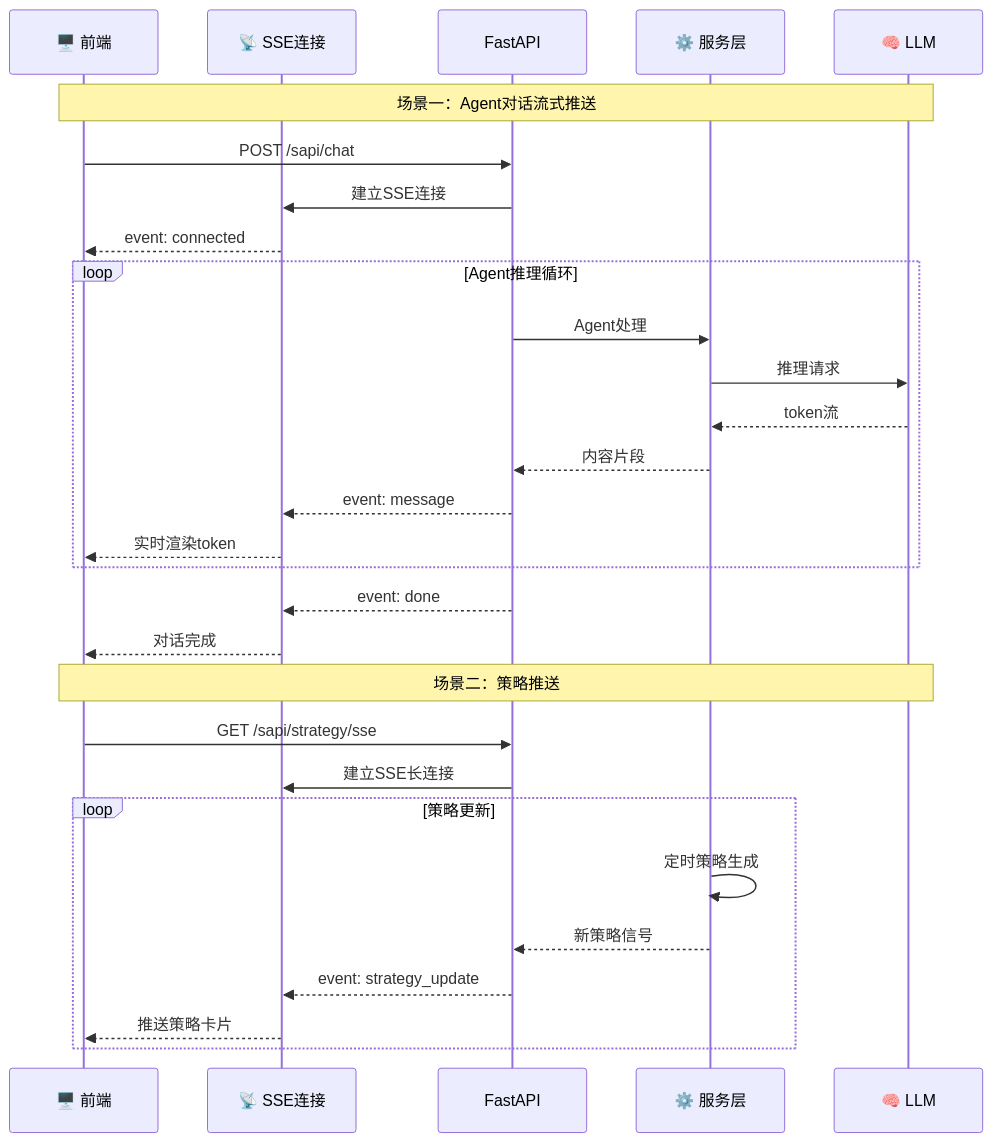
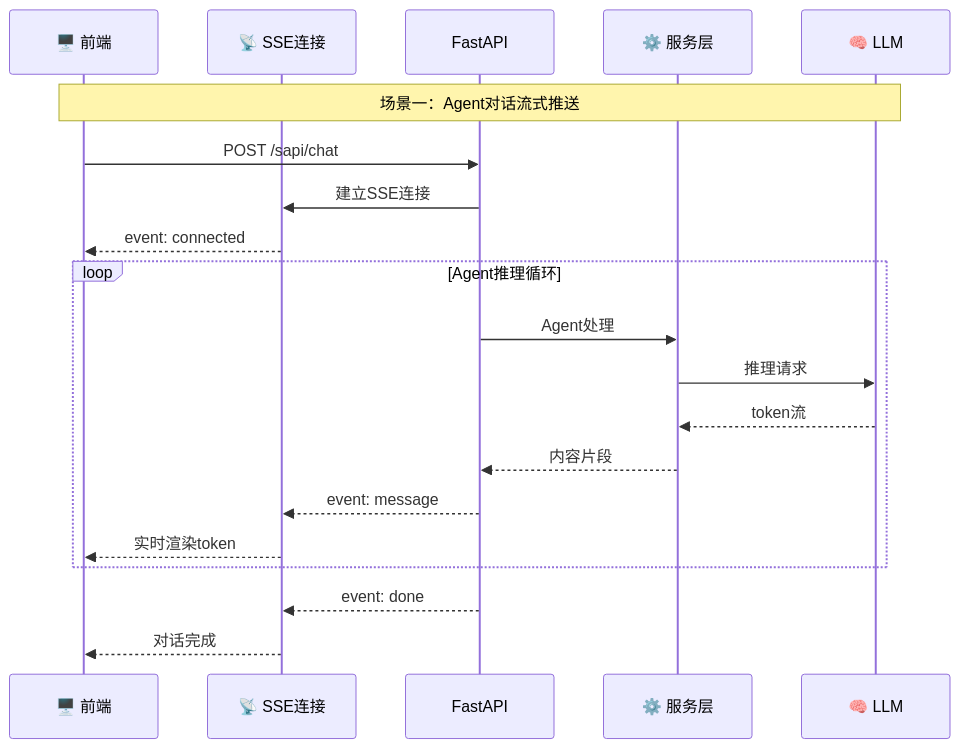
One commit to Harlan2001/Sentiment_Analysis changed diagram 22 of 26 in docs/项目图表库_PPT.md. Above: the diagram before and after it, drawn with Mermaid. The commit also changed 29 other files, not shown here.

````diff
--- a/docs/项目图表库_PPT.md
+++ b/docs/项目图表库_PPT.md
@@ -1185,38 +1185,26 @@
 ```mermaid
 sequenceDiagram
     participant Client as 🖥️ 前端
     participant SSE as 📡 SSE连接
     participant API as FastAPI
     participant Service as ⚙️ 服务层
     participant LLM as 🧠 LLM
     
     Note over Client,LLM: 场景一：Agent对话流式推送
     
     Client->>API: POST /sapi/chat
     API->>SSE: 建立SSE连接
     SSE-->>Client: event: connected
     
     loop Agent推理循环
         API->>Service: Agent处理
         Service->>LLM: 推理请求
         LLM-->>Service: token流
         Service-->>API: 内容片段
         API-->>SSE: event: message
         SSE-->>Client: 实时渲染token
     end
     
     API-->>SSE: event: done
     SSE-->>Client: 对话完成
-    
-    Note over Client,LLM: 场景二：策略推送
-    
-    Client->>API: GET /sapi/strategy/sse
-    API->>SSE: 建立SSE长连接
-    
-    loop 策略更新
-        Service->>Service: 定时策略生成
-        Service-->>API: 新策略信号
-        API-->>SSE: event: strategy_update
-        SSE-->>Client: 推送策略卡片
-    end
 ```
````
